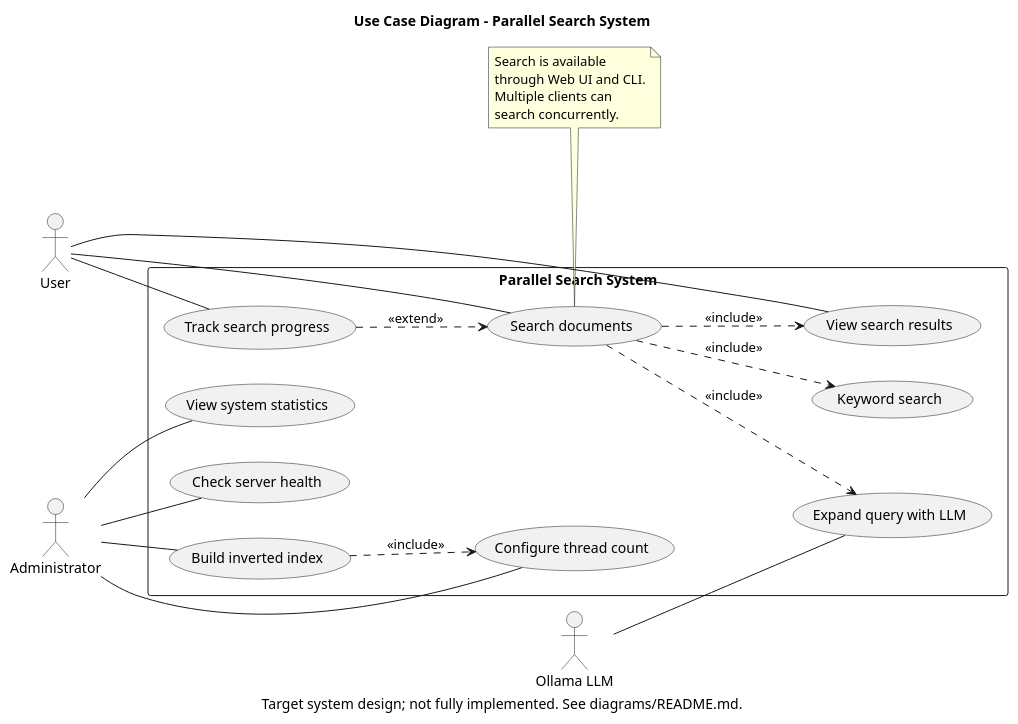
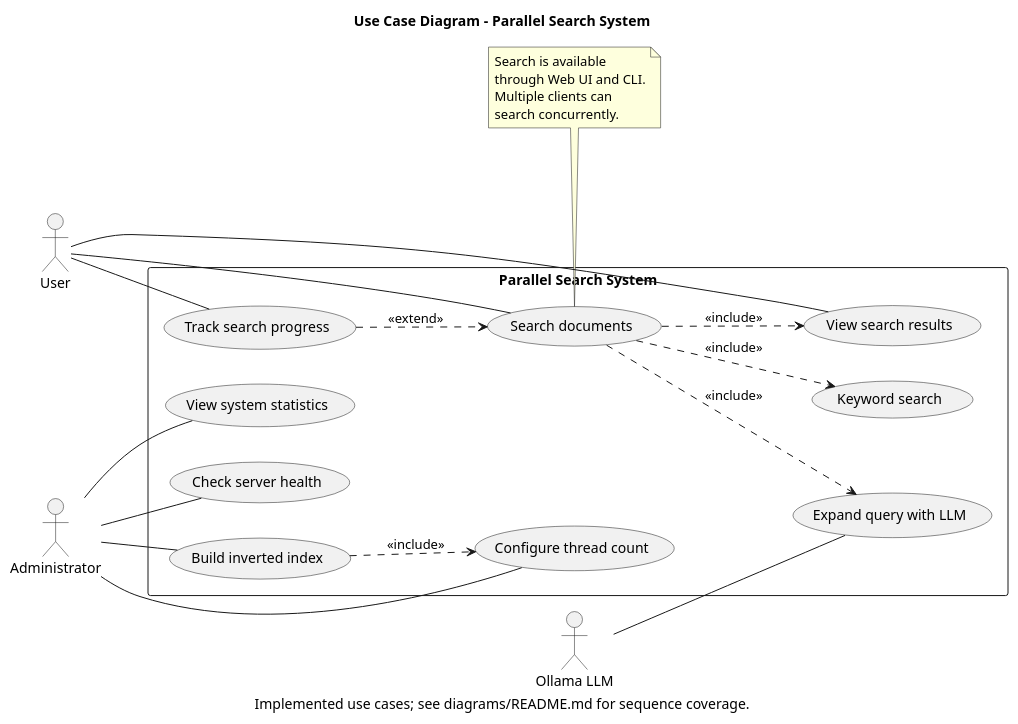
One commit to bebroidrur/Coursework_Parallel_Computing changed the diagram in diagrams/use_case_diagram.puml. Above: the diagram before and after it, drawn with PlantUML. The commit also changed 47 other files, not shown here.

```diff
--- a/diagrams/use_case_diagram.puml
+++ b/diagrams/use_case_diagram.puml
@@ -1,52 +1,52 @@
 @startuml
-caption Target system design; not fully implemented. See diagrams/README.md.
+caption Implemented use cases; see diagrams/README.md for sequence coverage.
 title Use Case Diagram - Parallel Search System
 
 left to right direction
 skinparam packageStyle rectangle
 skinparam shadowing false
 
 actor "Administrator" as Admin
 actor "User" as User
 actor "Ollama LLM" as LLM
 
 rectangle "Parallel Search System" {
 
   usecase "Build inverted index" as UC1
   usecase "Configure thread count" as UC2
   usecase "View system statistics" as UC3
   usecase "Check server health" as UC4
 
   usecase "Search documents" as UC5
   usecase "Expand query with LLM" as UC6
   usecase "Keyword search" as UC7
   usecase "View search results" as UC8
   usecase "Track search progress" as UC9
 
 }
 
 Admin -- UC1
 Admin -- UC2
 Admin -- UC3
 Admin -- UC4
 
 User -- UC5
 User -- UC8
 User -- UC9
 
 UC1 ..> UC2 : <<include>>
 UC5 ..> UC6 : <<include>>
 UC5 ..> UC7 : <<include>>
 UC5 ..> UC8 : <<include>>
 
 UC9 ..> UC5 : <<extend>>
 
 LLM -- UC6
 
 note bottom of UC5
 Search is available
 through Web UI and CLI.
 Multiple clients can
 search concurrently.
 end note
 @enduml
```
